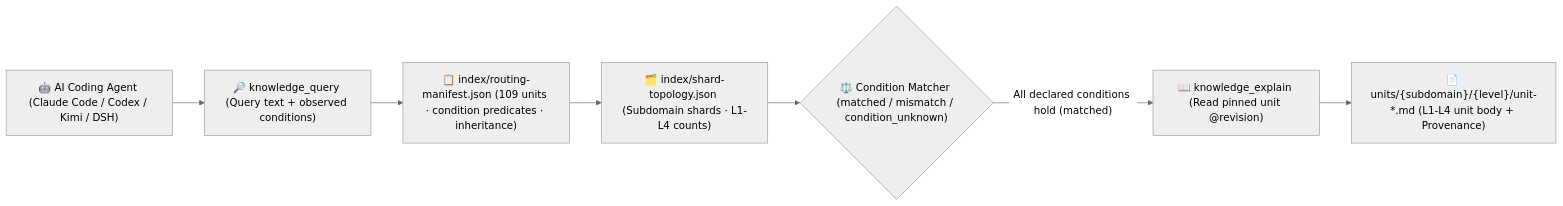
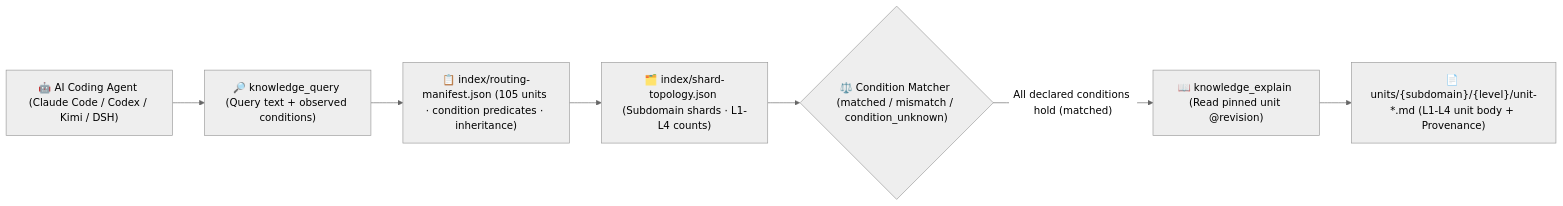
The diagram in README.en.md (mindie-agent/knowledge-infer-core), drawn with Mermaid (neutral theme) before and after one commit. The commit also changed other lines of this file and 7 other files, not shown here.

````diff
--- a/README.en.md
+++ b/README.en.md
@@ -99,13 +99,13 @@
 ```mermaid
 flowchart LR
   Agent["🤖 AI Coding Agent (Claude Code / Codex / Kimi / DSH)"]
   Query["🔎 knowledge_query (Query text + observed conditions)"]
-  Manifest["📋 index/routing-manifest.json (109 units · condition predicates · inheritance)"]
+  Manifest["📋 index/routing-manifest.json (105 units · condition predicates · inheritance)"]
   Topology["🗂️ index/shard-topology.json (Subdomain shards · L1-L4 counts)"]
   Match{"⚖️ Condition Matcher (matched / mismatch / condition_unknown)"}
   Explain["📖 knowledge_explain (Read pinned unit @revision)"]
   Units["📄 units/{subdomain}/{level}/unit-*.md (L1-L4 unit body + Provenance)"]
 
   Agent --> Query --> Manifest --> Topology --> Match
   Match -- "All declared conditions hold (matched)" --> Explain --> Units
 ```
````
